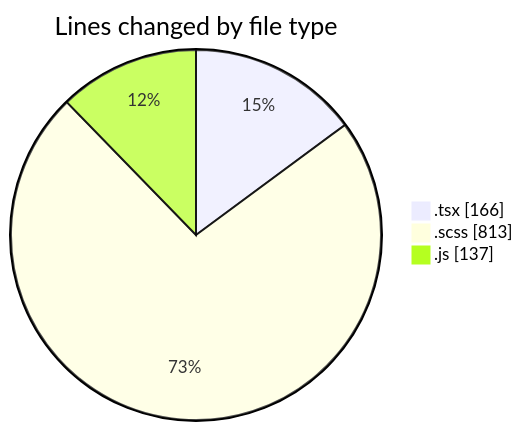
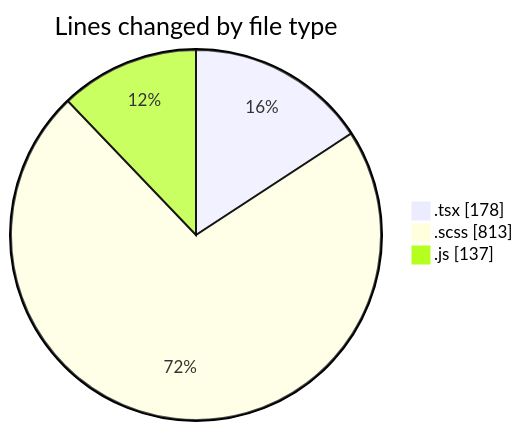
The first of 2 diagrams in 2026-03-25/cda/README.md (momahboobian/code-tracking), drawn with Mermaid before and after one commit. The commit also changed other lines of this file and 1 other file, not shown here.

````diff
--- a/2026-03-25/cda/README.md
+++ b/2026-03-25/cda/README.md
@@ -22,7 +22,7 @@
 ```mermaid
 pie showData
 title Lines changed by file type
-".tsx" : 166
+".tsx" : 178
 ".scss" : 813
 ".js" : 137
 ```
````
